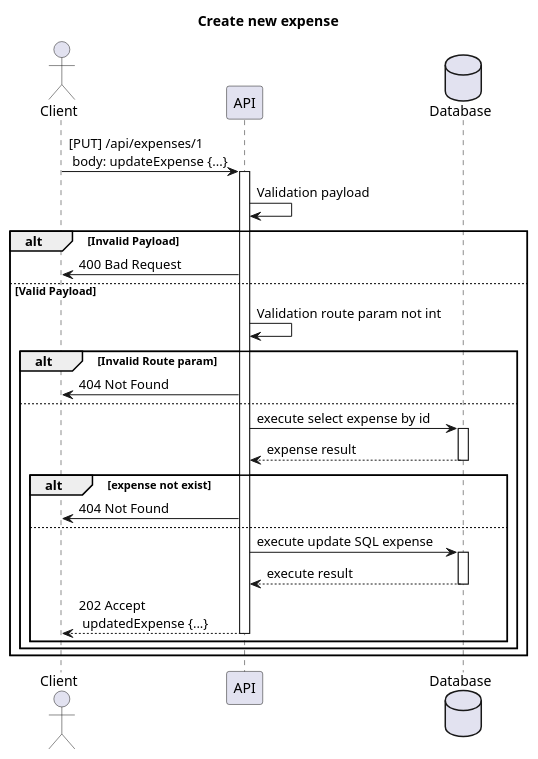
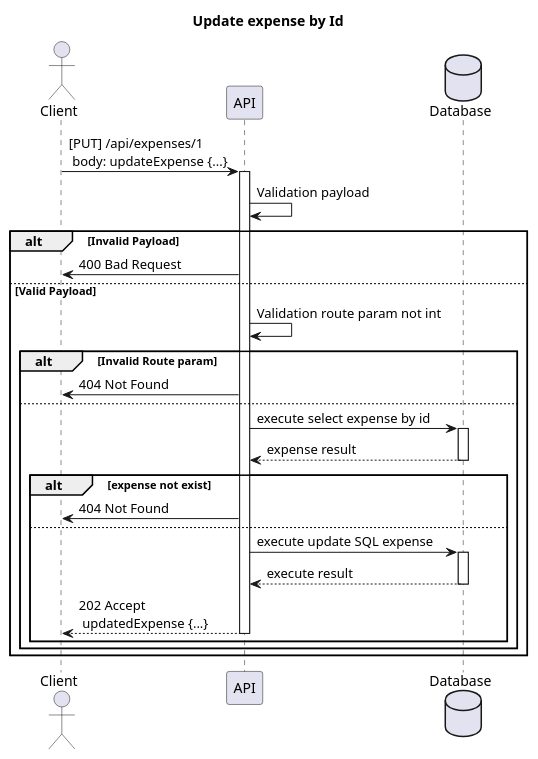
Before and after one commit to wasawaz/assessment: the diagram in docs/sequence-diagram/exp03.plantuml, drawn with PlantUML. The commit also changed 2 other files, not shown here.

Commit message:
rename sequence title name

```diff
--- a/docs/sequence-diagram/exp03.plantuml
+++ b/docs/sequence-diagram/exp03.plantuml
@@ -1,37 +1,37 @@
 @startuml
 
-title: Create new expense
+title: Update expense by Id
 actor Client
 participant API
 database Database 
 
 Client -> API: [PUT] /api/expenses/1 \n body: updateExpense {...}
 activate API
 API -> API: Validation payload
 alt Invalid Payload
 API -> Client: 400 Bad Request
 else Valid Payload
 API -> API: Validation route param not int
 alt Invalid Route param
 API -> Client: 404 Not Found
 else
 API -> Database: execute select expense by id
 activate Database
 Database --> API: expense result
 deactivate Database
 
 alt expense not exist
 API -> Client: 404 Not Found
 else
 API -> Database: execute update SQL expense
 activate Database
 Database --> API: execute result
 deactivate Database
 API --> Client: 202 Accept \n updatedExpense {...}
 deactivate API
 end
 end
 end
 
 
 @enduml
```
